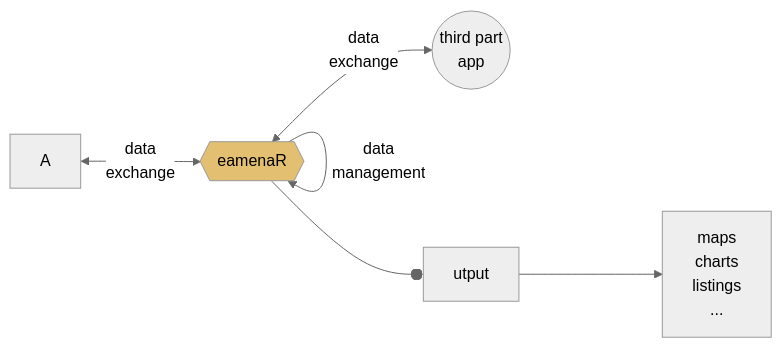
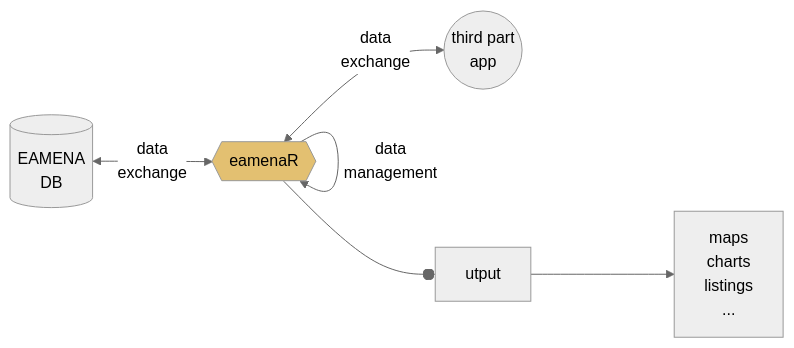
Before and after one commit to eamena-project/eamenaR: the first of 3 diagrams in README.md, drawn with Mermaid (neutral theme).

````diff
--- a/README.md
+++ b/README.md
@@ -6,8 +6,8 @@
 ```mermaid
 flowchart LR
-    A <--data<br>exchange--> B{{"eamenaR"}}:::eamenaRpkg;
+    A[(EAMENA<br>DB)] <--data<br>exchange--> B{{"eamenaR"}}:::eamenaRpkg;
     B --data<br>management--> B;
     B <--data<br>exchange--> C((third part<br>app));
     B --output--> D[maps<br>charts<br>listings<br>...]
     classDef eamenaRpkg fill:#e3c071;
 ```
````
